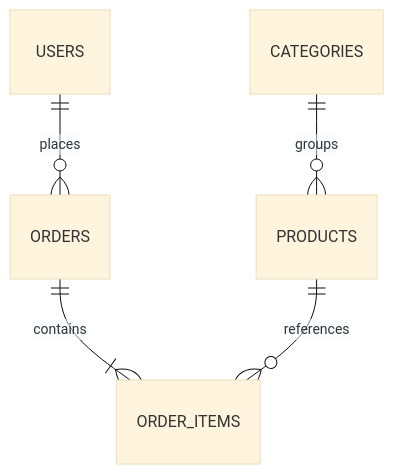
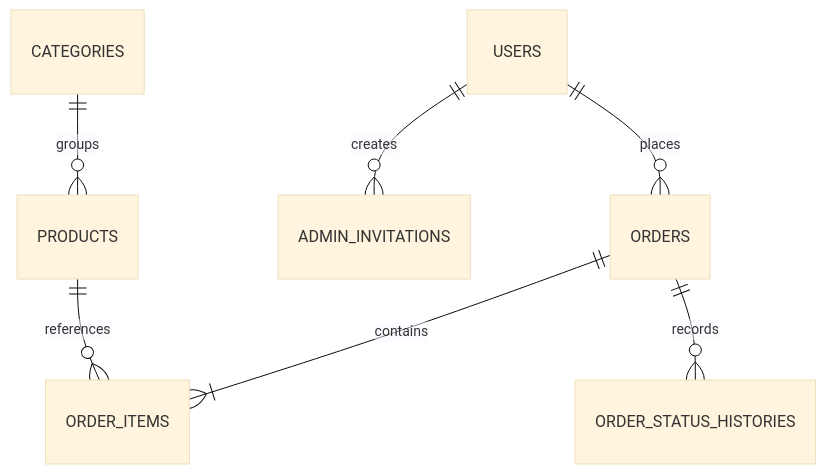
The diagram in README.md (leotrimhaliti/OliveAndEmber), drawn with Mermaid (base theme) before and after one commit. The commit also changed other lines of this file and 46 other files, not shown here.

````diff
--- a/README.md
+++ b/README.md
@@ -216,7 +224,9 @@
 ```mermaid
 erDiagram
     USERS ||--o{ ORDERS : places
+    USERS ||--o{ ADMIN_INVITATIONS : creates
     CATEGORIES ||--o{ PRODUCTS : groups
     ORDERS ||--|{ ORDER_ITEMS : contains
+    ORDERS ||--o{ ORDER_STATUS_HISTORIES : records
     PRODUCTS ||--o{ ORDER_ITEMS : references
 ```
````
